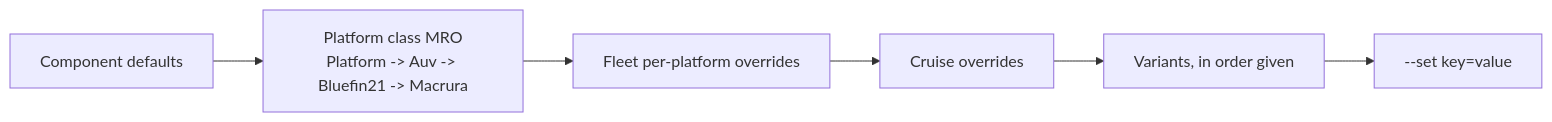
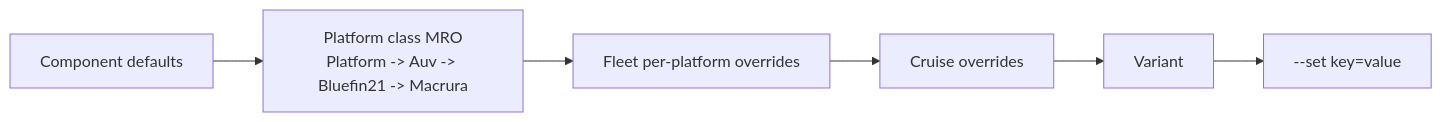
The third of 3 diagrams in core/src/doc/plan/claude/06-missions-framework.md (GobySoft/lamss3), drawn with Mermaid before and after one commit. The commit also changed other lines of this file and 11 other files, not shown here.

````diff
--- a/core/src/doc/plan/claude/06-missions-framework.md
+++ b/core/src/doc/plan/claude/06-missions-framework.md
@@ -212,4 +210,4 @@
 ```mermaid
 flowchart LR
-  d1[Component defaults] --> d2[Platform class MRO<br/>Platform -> Auv -> Bluefin21 -> Macrura] --> d3[Fleet per-platform overrides] --> d4[Cruise overrides] --> d5[Variants, in order given] --> d6[--set key=value]
+  d1[Component defaults] --> d2[Platform class MRO<br/>Platform -> Auv -> Bluefin21 -> Macrura] --> d3[Fleet per-platform overrides] --> d4[Cruise overrides] --> d5[Variant] --> d6[--set key=value]
 ```
````
